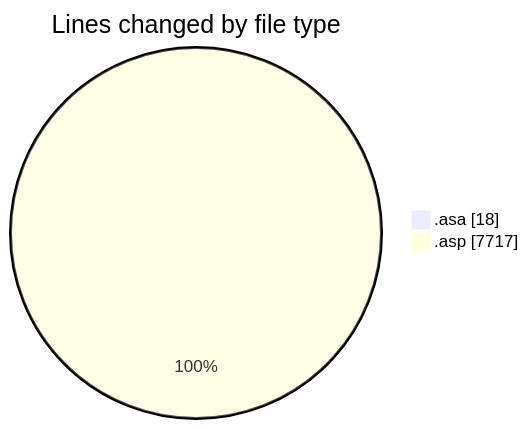
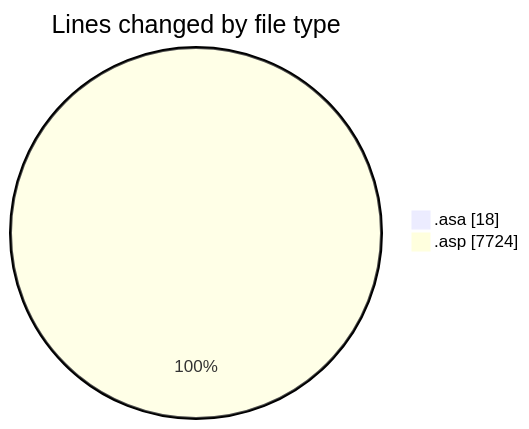
The first of 2 diagrams in 2025-11-06/usr_aleoudev_fr__workspace_/README.md (julien-gomy/code-tracking), drawn with Mermaid before and after one commit. The commit also changed other lines of this file and 1 other file, not shown here.

````diff
--- a/2025-11-06/usr_aleoudev_fr__workspace_/README.md
+++ b/2025-11-06/usr_aleoudev_fr__workspace_/README.md
@@ -24,6 +24,6 @@
 ```mermaid
 pie showData
 title Lines changed by file type
 ".asa" : 18
-".asp" : 7717
+".asp" : 7724
 ```
````
